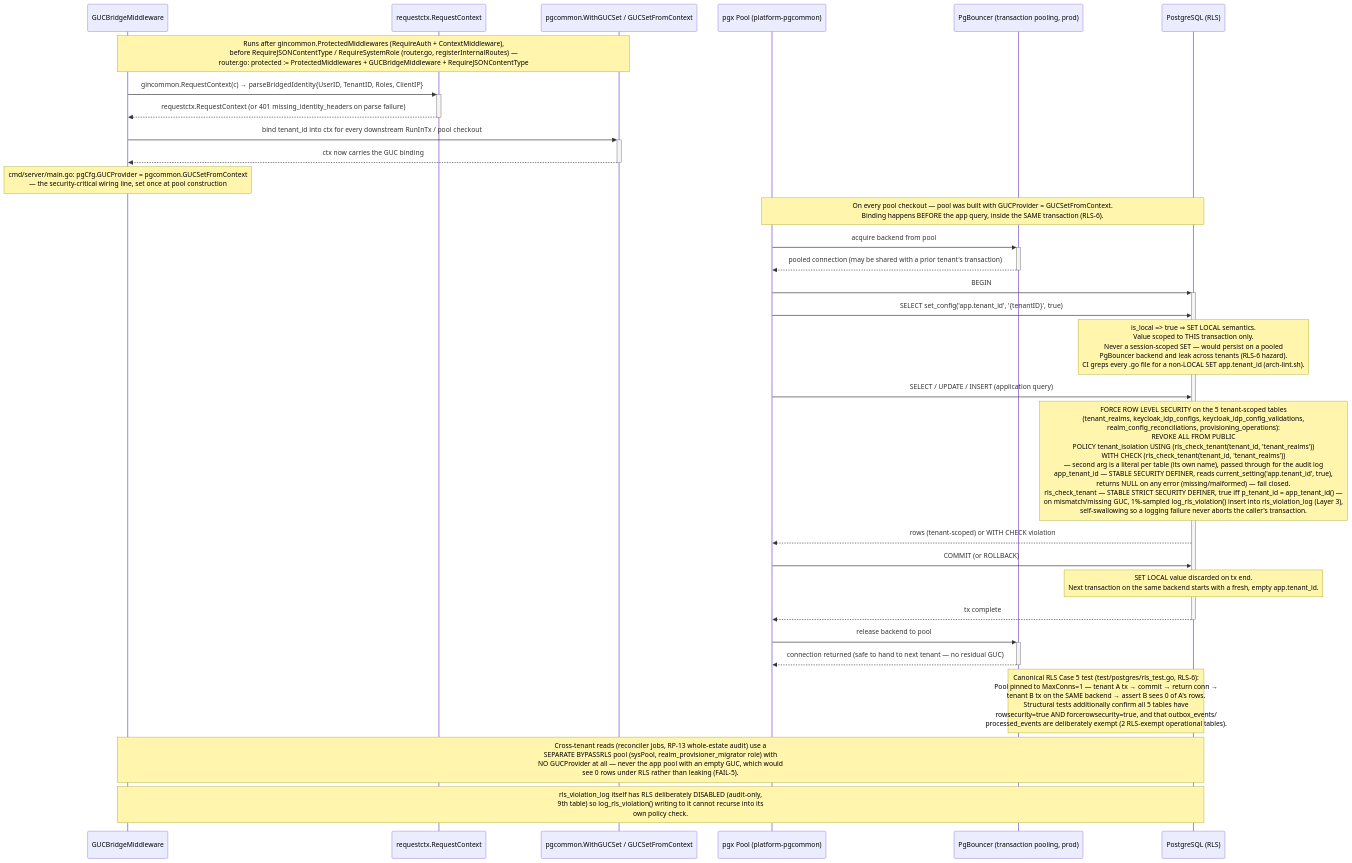
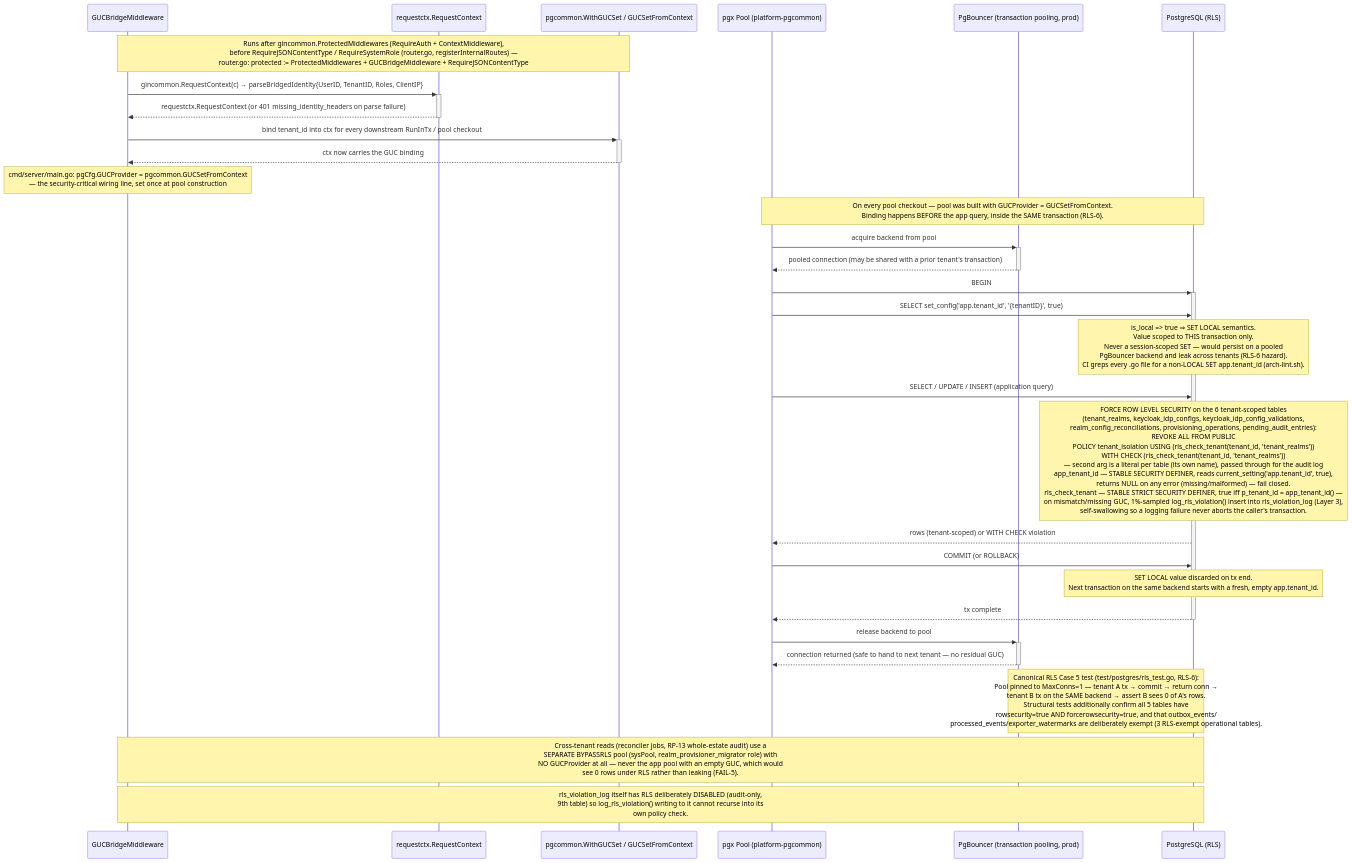
One commit to BCBP-SOLUTIONS-FZC-LLC/iam-realm-provisioner changed the diagram in docs/architecture/mermaid/rls-guc-flow.mmd. Above: the diagram before and after it, drawn with Mermaid. The commit also changed 167 other files, not shown here.

```diff
--- a/docs/architecture/mermaid/rls-guc-flow.mmd
+++ b/docs/architecture/mermaid/rls-guc-flow.mmd
@@ -1,43 +1,43 @@
 sequenceDiagram
     participant MW as GUCBridgeMiddleware
     participant RC as requestctx.RequestContext
     participant GUC as pgcommon.WithGUCSet / GUCSetFromContext
     participant Pool as pgx Pool (platform-pgcommon)
     participant PGB as PgBouncer (transaction pooling, prod)
     participant DB as PostgreSQL (RLS)
 
     Note over MW,GUC: Runs after gincommon.ProtectedMiddlewares (RequireAuth + ContextMiddleware),<br/>before RequireJSONContentType / RequireSystemRole (router.go, registerInternalRoutes) —<br/>router.go: protected := ProtectedMiddlewares + GUCBridgeMiddleware + RequireJSONContentType
 
     MW ->>+ RC: gincommon.RequestContext(c) → parseBridgedIdentity{UserID, TenantID, Roles, ClientIP}
     RC -->>- MW: requestctx.RequestContext (or 401 missing_identity_headers on parse failure)
 
     MW ->>+ GUC: bind tenant_id into ctx for every downstream RunInTx / pool checkout
     GUC -->>- MW: ctx now carries the GUC binding
     Note over MW: cmd/server/main.go: pgCfg.GUCProvider = pgcommon.GUCSetFromContext<br/>— the security-critical wiring line, set once at pool construction
 
     Note over Pool,DB: On every pool checkout — pool was built with GUCProvider = GUCSetFromContext.<br/>Binding happens BEFORE the app query, inside the SAME transaction (RLS-6).
 
     Pool ->>+ PGB: acquire backend from pool
     PGB -->>- Pool: pooled connection (may be shared with a prior tenant's transaction)
 
     Pool ->>+ DB: BEGIN
     Pool ->> DB: SELECT set_config('app.tenant_id', '{tenantID}', true)
     Note over DB: is_local => true ⇒ SET LOCAL semantics.<br/>Value scoped to THIS transaction only.<br/>Never a session-scoped SET — would persist on a pooled<br/>PgBouncer backend and leak across tenants (RLS-6 hazard).<br/>CI greps every .go file for a non-LOCAL SET app.tenant_id (arch-lint.sh).
 
     Pool ->> DB: SELECT / UPDATE / INSERT (application query)
-    Note over DB: FORCE ROW LEVEL SECURITY on the 5 tenant-scoped tables<br/>(tenant_realms, keycloak_idp_configs, keycloak_idp_config_validations,<br/>realm_config_reconciliations, provisioning_operations):<br/>  REVOKE ALL FROM PUBLIC<br/>  POLICY tenant_isolation USING (rls_check_tenant(tenant_id, 'tenant_realms'))<br/>                          WITH CHECK (rls_check_tenant(tenant_id, 'tenant_realms'))<br/>  — second arg is a literal per table (its own name), passed through for the audit log<br/>app_tenant_id — STABLE SECURITY DEFINER, reads current_setting('app.tenant_id', true),<br/>returns NULL on any error (missing/malformed) — fail closed.<br/>rls_check_tenant — STABLE STRICT SECURITY DEFINER, true iff p_tenant_id = app_tenant_id() —<br/>on mismatch/missing GUC, 1%-sampled log_rls_violation() insert into rls_violation_log (Layer 3),<br/>self-swallowing so a logging failure never aborts the caller's transaction.
+    Note over DB: FORCE ROW LEVEL SECURITY on the 6 tenant-scoped tables<br/>(tenant_realms, keycloak_idp_configs, keycloak_idp_config_validations,<br/>realm_config_reconciliations, provisioning_operations, pending_audit_entries):<br/>  REVOKE ALL FROM PUBLIC<br/>  POLICY tenant_isolation USING (rls_check_tenant(tenant_id, 'tenant_realms'))<br/>                          WITH CHECK (rls_check_tenant(tenant_id, 'tenant_realms'))<br/>  — second arg is a literal per table (its own name), passed through for the audit log<br/>app_tenant_id — STABLE SECURITY DEFINER, reads current_setting('app.tenant_id', true),<br/>returns NULL on any error (missing/malformed) — fail closed.<br/>rls_check_tenant — STABLE STRICT SECURITY DEFINER, true iff p_tenant_id = app_tenant_id() —<br/>on mismatch/missing GUC, 1%-sampled log_rls_violation() insert into rls_violation_log (Layer 3),<br/>self-swallowing so a logging failure never aborts the caller's transaction.
 
     DB -->> Pool: rows (tenant-scoped) or WITH CHECK violation
 
     Pool ->> DB: COMMIT (or ROLLBACK)
     Note over DB: SET LOCAL value discarded on tx end.<br/>Next transaction on the same backend starts with a fresh, empty app.tenant_id.
     DB -->>- Pool: tx complete
 
     Pool ->>+ PGB: release backend to pool
     PGB -->>- Pool: connection returned (safe to hand to next tenant — no residual GUC)
 
-    Note over DB,PGB: Canonical RLS Case 5 test (test/postgres/rls_test.go, RLS-6):<br/>Pool pinned to MaxConns=1 — tenant A tx → commit → return conn →<br/>tenant B tx on the SAME backend → assert B sees 0 of A's rows.<br/>Structural tests additionally confirm all 5 tables have<br/>rowsecurity=true AND forcerowsecurity=true, and that outbox_events/<br/>processed_events are deliberately exempt (2 RLS-exempt operational tables).
+    Note over DB,PGB: Canonical RLS Case 5 test (test/postgres/rls_test.go, RLS-6):<br/>Pool pinned to MaxConns=1 — tenant A tx → commit → return conn →<br/>tenant B tx on the SAME backend → assert B sees 0 of A's rows.<br/>Structural tests additionally confirm all 5 tables have<br/>rowsecurity=true AND forcerowsecurity=true, and that outbox_events/<br/>processed_events/exporter_watermarks are deliberately exempt (3 RLS-exempt operational tables).
 
     Note over MW,DB: Cross-tenant reads (reconciler jobs, RP-13 whole-estate audit) use a<br/>SEPARATE BYPASSRLS pool (sysPool, realm_provisioner_migrator role) with<br/>NO GUCProvider at all — never the app pool with an empty GUC, which would<br/>see 0 rows under RLS rather than leaking (FAIL-5).
 
     Note over MW,DB: rls_violation_log itself has RLS deliberately DISABLED (audit-only,<br/>9th table) so log_rls_violation() writing to it cannot recurse into its<br/>own policy check.
```
